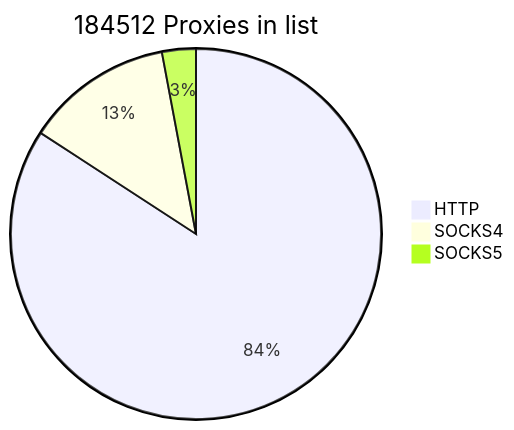
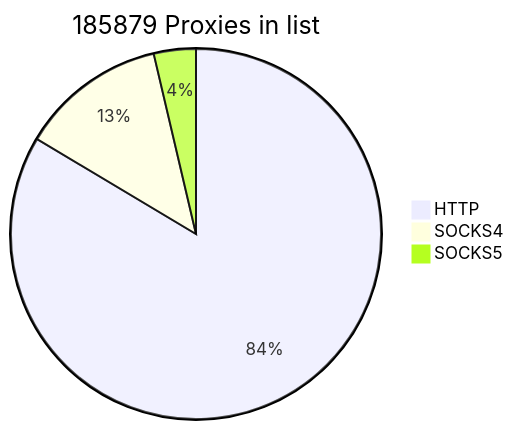
Before and after one commit to cutipu/proxylist: the first of 2 diagrams in README.md, drawn with Mermaid. The commit also changed other lines of this file, not shown here.

````diff
--- a/README.md
+++ b/README.md
@@ -2,7 +2,7 @@
 ```mermaid
-pie title 184512 Proxies in list
+pie title 185879 Proxies in list
     "HTTP" : 155326
     "SOCKS4" : 23734
-    "SOCKS5" : 5452
+    "SOCKS5" : 6819
             
 ```
````
